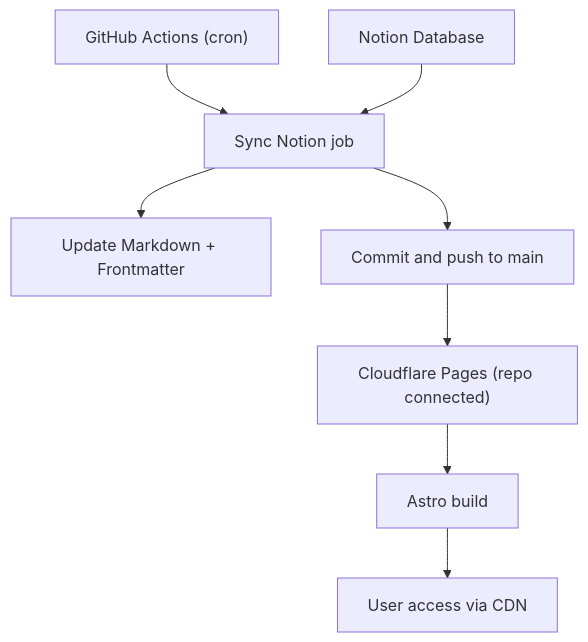
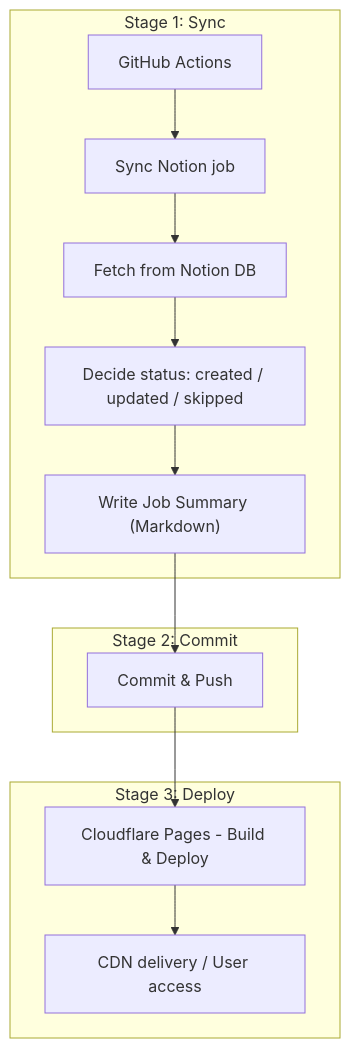
One commit to hamakyo/hamakyo.log changed the diagram in README.md. Above: the diagram before and after it, drawn with Mermaid.

````diff
--- a/README.md
+++ b/README.md
@@ -79,10 +79,18 @@
 ```mermaid
-graph TD
-  A["GitHub Actions (cron)"] --> B["Sync Notion job"]
-  N["Notion Database"] --> B
-  B --> C["Update Markdown + Frontmatter"]
-  B --> D["Commit and push to main"]
-  D --> E["Cloudflare Pages (repo connected)"]
-  E --> F["Astro build"]
-  F --> G["User access via CDN"]
+flowchart TD
+  subgraph Stage1["Stage 1: Sync"]
+    A["GitHub Actions"] --> B["Sync Notion job"]
+    B --> C["Fetch from Notion DB"]
+    C --> D["Decide status: created / updated / skipped"]
+    D --> E["Write Job Summary (Markdown)"]
+  end
+
+  subgraph Stage2["Stage 2: Commit"]
+    E --> F["Commit & Push"]
+  end
+
+  subgraph Stage3["Stage 3: Deploy"]
+    F --> G["Cloudflare Pages - Build & Deploy"]
+    G --> H["CDN delivery / User access"]
+  end
 ```
````
